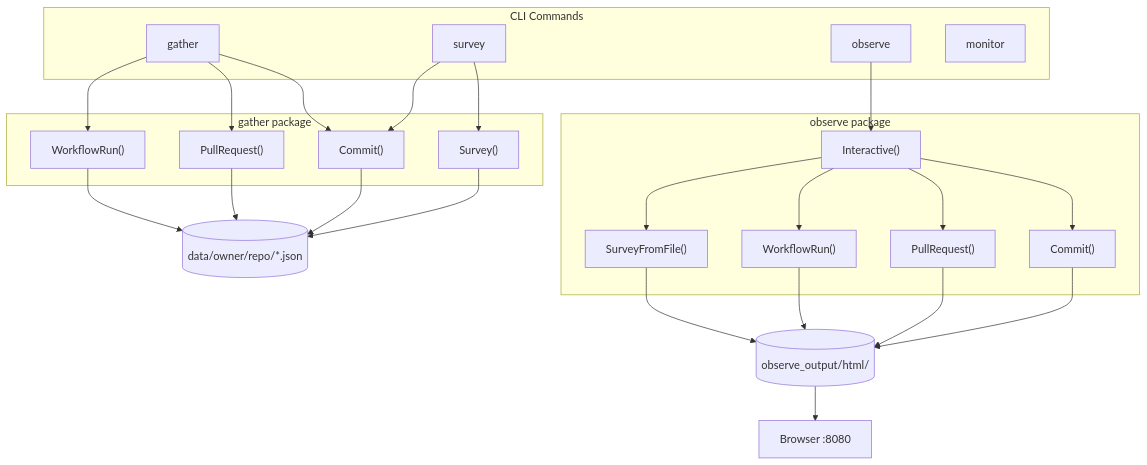
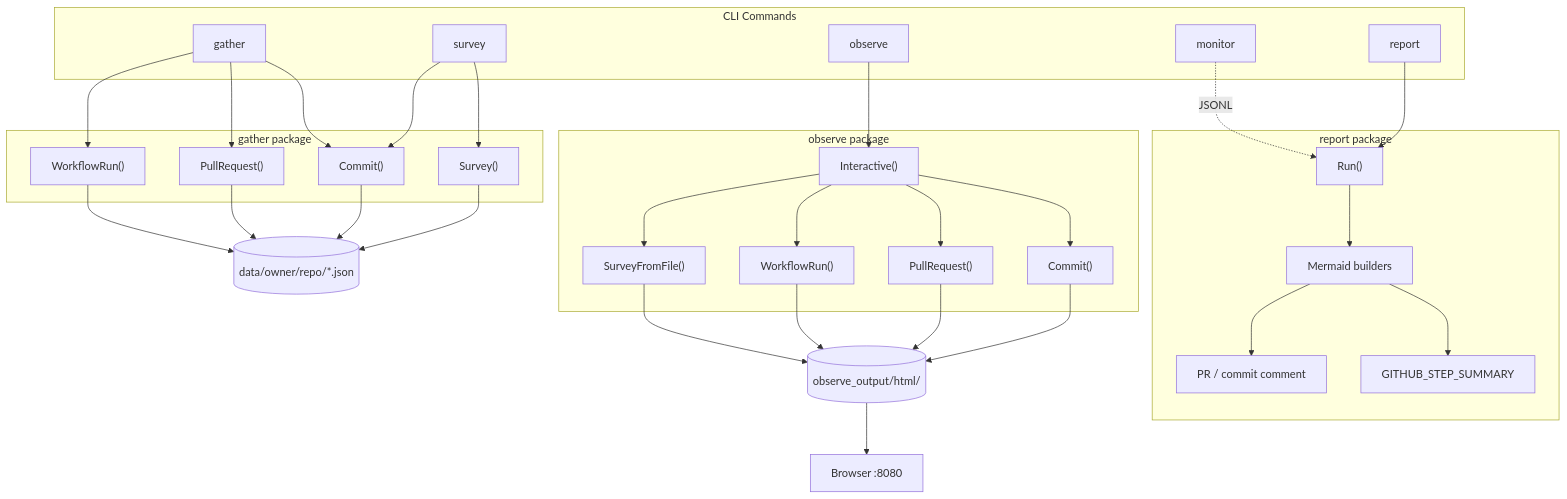
The first of 4 diagrams in design.md (kalverra/octometrics), drawn with Mermaid before and after one commit. The commit also changed other lines of this file and 22 other files, not shown here.

````diff
--- a/design.md
+++ b/design.md
@@ -7,48 +7,62 @@
 ```mermaid
 flowchart TD
     subgraph commands [CLI Commands]
         Gather[gather]
         Survey[survey]
         Observe[observe]
         Monitor[monitor]
+        Report[report]
     end
 
     subgraph gatherPkg [gather package]
         GatherCommit["Commit()"]
         GatherPR["PullRequest()"]
         GatherWF["WorkflowRun()"]
         GatherSurvey["Survey()"]
     end
 
     subgraph observePkg [observe package]
         ObsCommit["Commit()"]
         ObsPR["PullRequest()"]
         ObsWF["WorkflowRun()"]
         ObsSurvey["SurveyFromFile()"]
         Interactive["Interactive()"]
     end
 
     Gather --> GatherCommit
     Gather --> GatherPR
     Gather --> GatherWF
     Survey --> GatherSurvey
     Survey --> GatherCommit
 
     Observe --> Interactive
     Interactive --> ObsCommit
     Interactive --> ObsPR
     Interactive --> ObsWF
     Interactive --> ObsSurvey
 
     GatherCommit --> JSON[(data/owner/repo/*.json)]
     GatherPR --> JSON
     GatherWF --> JSON
     GatherSurvey --> JSON
 
     ObsCommit --> HTML[(observe_output/html/)]
     ObsPR --> HTML
     ObsWF --> HTML
     ObsSurvey --> HTML
 
     HTML --> Browser[Browser :8080]
+
+    subgraph reportPkg [report package]
+        ReportRun["Run()"]
+        MermaidBuild["Mermaid builders"]
+        StepSummary["GITHUB_STEP_SUMMARY"]
+        PRComment["PR / commit comment"]
+    end
+
+    Report --> ReportRun
+    ReportRun --> MermaidBuild
+    MermaidBuild --> StepSummary
+    MermaidBuild --> PRComment
+    Monitor -.->|JSONL| ReportRun
 ```
````
